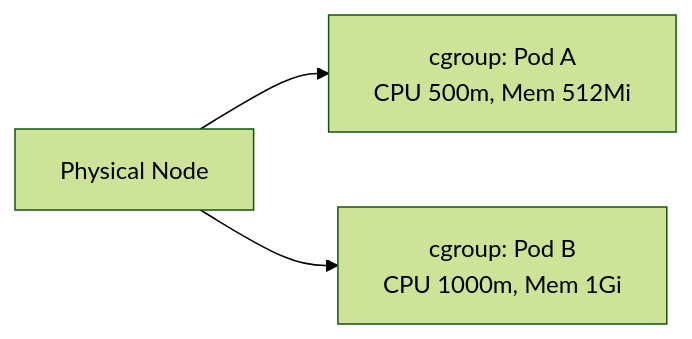
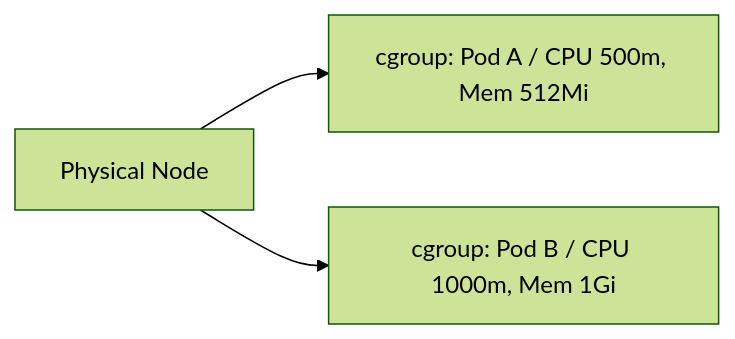
Diagram 23 of 47 in 11-cloud-and-kubernetes/README.md (hareramcse/SystemDesign), drawn with Mermaid (forest theme) before and after one commit. The commit also changed other lines of this file and 14 other files, not shown here.

````diff
--- a/11-cloud-and-kubernetes/README.md
+++ b/11-cloud-and-kubernetes/README.md
@@ -1156,5 +1156,5 @@
 ```mermaid
 flowchart LR
-    Node[Physical Node] --> CG1[cgroup: Pod A<br/>CPU 500m, Mem 512Mi]
-    Node --> CG2[cgroup: Pod B<br/>CPU 1000m, Mem 1Gi]
+    Node[Physical Node] --> CG1["cgroup: Pod A / CPU 500m, Mem 512Mi"]
+    Node --> CG2["cgroup: Pod B / CPU 1000m, Mem 1Gi"]
 ```
````
